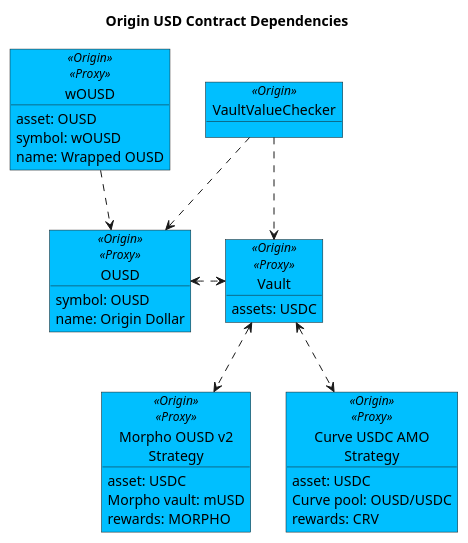
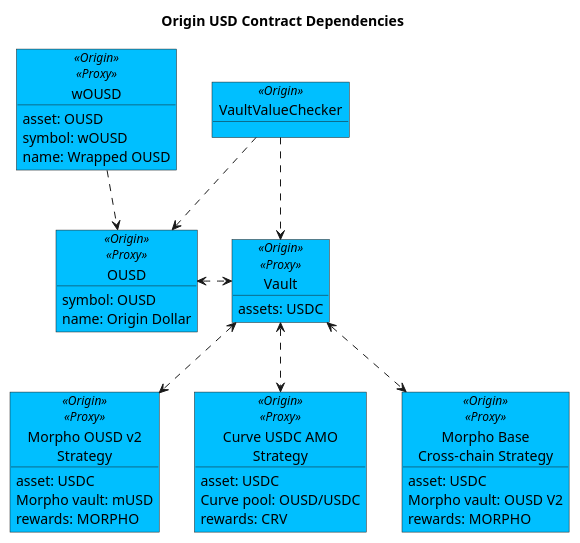
One commit to OriginProtocol/origin-dollar changed the diagram in contracts/docs/plantuml/ousdContracts.puml. Above: the diagram before and after it, drawn with PlantUML. The commit also changed 7 other files, not shown here.

First line of the commit message:
Document updates and snapVault for OUSD (#2806)

```diff
--- a/contracts/docs/plantuml/ousdContracts.puml
+++ b/contracts/docs/plantuml/ousdContracts.puml
@@ -1,46 +1,51 @@
 @startuml
 
 title "Origin USD Contract Dependencies"
 
 object "VaultValueChecker" as checker <<Origin>> #DeepSkyBlue {
 }
 
 object "wOUSD" as wousd <<Origin>><<Proxy>> #DeepSkyBlue {
     asset: OUSD
     symbol: wOUSD
     name: Wrapped OUSD
 }
 
 object "OUSD" as ousd <<Origin>><<Proxy>> #DeepSkyBlue {
     symbol: OUSD
     name: Origin Dollar
 }
 
 object "Vault" as vault <<Origin>><<Proxy>> #DeepSkyBlue {
     assets: USDC 
 }
 
 ' Strategies
 object "Morpho OUSD v2\nStrategy" as musd <<Origin>><<Proxy>> #DeepSkyBlue {
     asset: USDC
     Morpho vault: mUSD
     rewards: MORPHO
 }
 object "Curve USDC AMO\nStrategy" as curveAmoStrat <<Origin>><<Proxy>> #DeepSkyBlue {
     asset: USDC
     Curve pool: OUSD/USDC
     rewards: CRV
 }
+object "Morpho Base\nCross-chain Strategy" as baseCrossStrat <<Origin>><<Proxy>> #DeepSkyBlue {
+    asset: USDC
+    Morpho vault: OUSD V2
+    rewards: MORPHO
+}
 
 checker ..> ousd
 checker ..> vault
 
 wousd ..> ousd
 ousd <.> vault
 
 ' Strategies
 vault <..> musd
 vault <..> curveAmoStrat
-
+vault <..> baseCrossStrat
 
 @enduml
```
